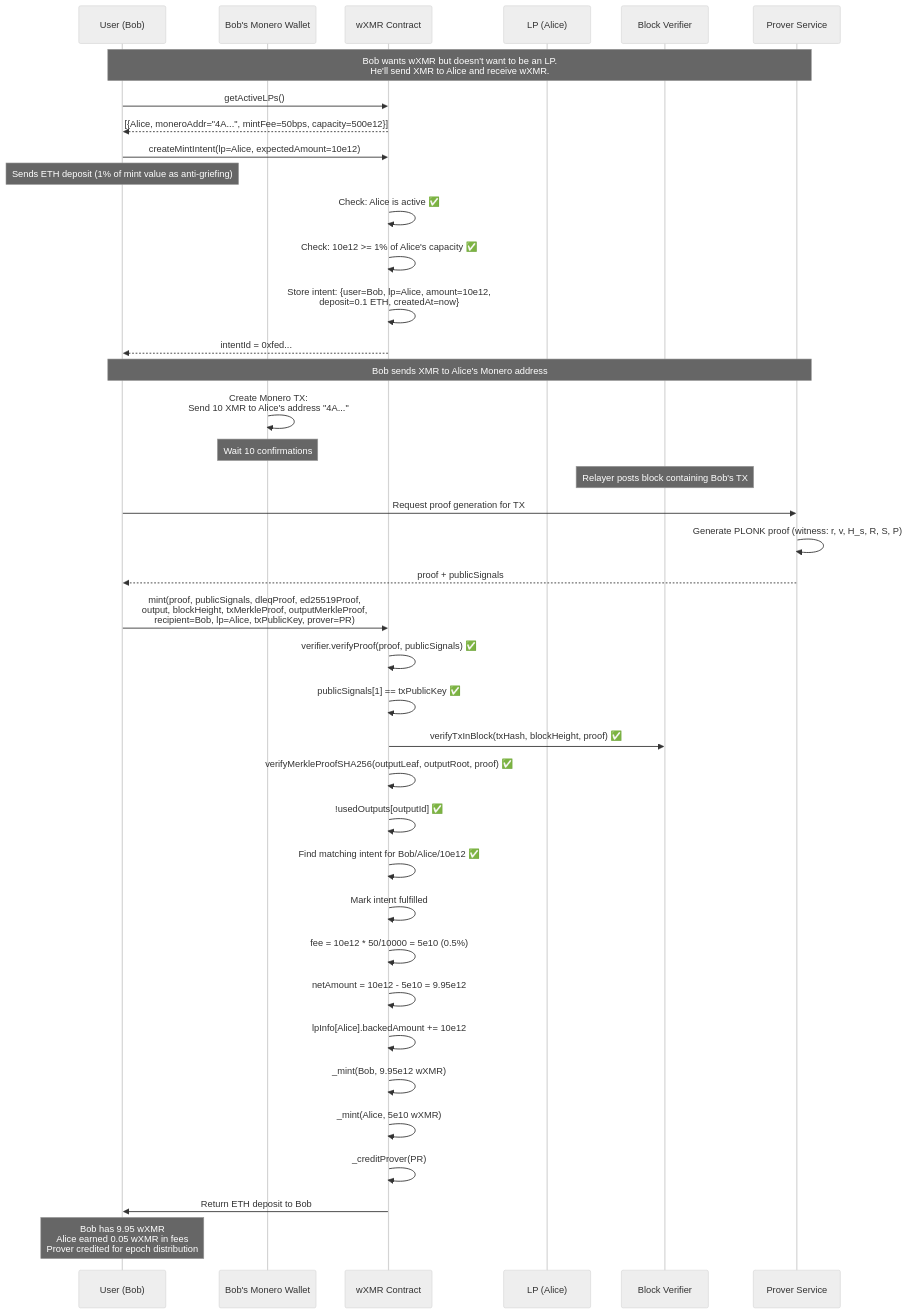
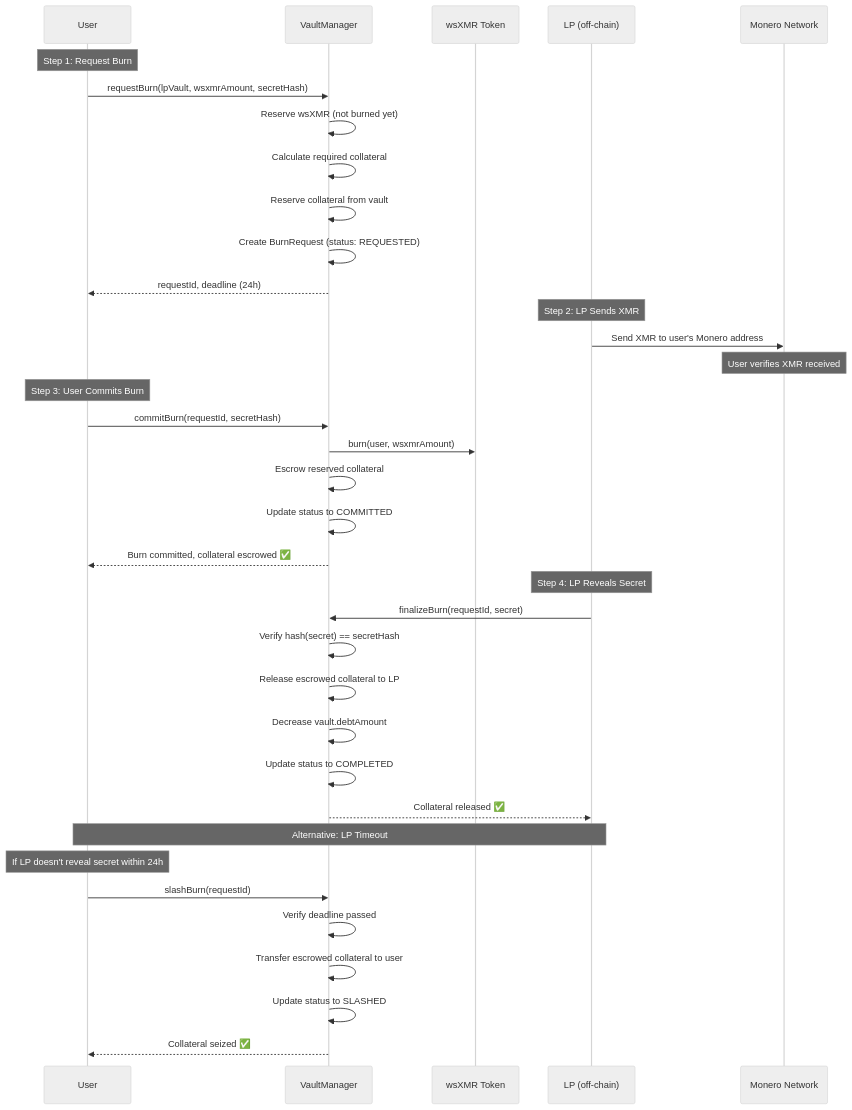
Before and after one commit to madschristensen99/wrapsynth: the third of 4 diagrams in SYNTHWRAP.md, drawn with Mermaid (neutral theme). The commit also changed other lines of this file and 2 other files, not shown here.

First line of the commit message:
docs: massive architecture overhaul - atomic swaps replace ZK proofs

````diff
--- a/SYNTHWRAP.md
+++ b/SYNTHWRAP.md
@@ -462,56 +208,43 @@
 ```mermaid
 sequenceDiagram
-    participant U as User (Bob)
-    participant UW as Bob's Monero Wallet
-    participant SC as wXMR Contract
-    participant A as LP (Alice)
-    participant BV as Block Verifier
-    participant PR as Prover Service
-
-    Note over U,PR: Bob wants wXMR but doesn't want to be an LP.<br/>He'll send XMR to Alice and receive wXMR.
-
-    U->>SC: getActiveLPs()
-    SC-->>U: [{Alice, moneroAddr="4A...", mintFee=50bps, capacity=500e12}]
-
-    U->>SC: createMintIntent(lp=Alice, expectedAmount=10e12)
-    Note over U: Sends ETH deposit (1% of mint value as anti-griefing)
-
-    SC->>SC: Check: Alice is active ✅
-    SC->>SC: Check: 10e12 >= 1% of Alice's capacity ✅
-    SC->>SC: Store intent: {user=Bob, lp=Alice, amount=10e12,<br/>deposit=0.1 ETH, createdAt=now}
-    SC-->>U: intentId = 0xfed...
-
-    Note over U,PR: Bob sends XMR to Alice's Monero address
-
-    UW->>UW: Create Monero TX:<br/>Send 10 XMR to Alice's address "4A..."
-    Note over UW: Wait 10 confirmations
-
-    Note over BV: Relayer posts block containing Bob's TX
-
-    U->>PR: Request proof generation for TX
-    PR->>PR: Generate PLONK proof (witness: r, v, H_s, R, S, P)
-    PR-->>U: proof + publicSignals
-
-    U->>SC: mint(proof, publicSignals, dleqProof, ed25519Proof,<br/>output, blockHeight, txMerkleProof, outputMerkleProof,<br/>recipient=Bob, lp=Alice, txPublicKey, prover=PR)
-
-    SC->>SC: verifier.verifyProof(proof, publicSignals) ✅
-    SC->>SC: publicSignals[1] == txPublicKey ✅
-    SC->>BV: verifyTxInBlock(txHash, blockHeight, proof) ✅
-    SC->>SC: verifyMerkleProofSHA256(outputLeaf, outputRoot, proof) ✅
-    SC->>SC: !usedOutputs[outputId] ✅
-
-    SC->>SC: Find matching intent for Bob/Alice/10e12 ✅
-    SC->>SC: Mark intent fulfilled
-
-    SC->>SC: fee = 10e12 * 50/10000 = 5e10 (0.5%)
-    SC->>SC: netAmount = 10e12 - 5e10 = 9.95e12
-    SC->>SC: lpInfo[Alice].backedAmount += 10e12
-    SC->>SC: _mint(Bob, 9.95e12 wXMR)
-    SC->>SC: _mint(Alice, 5e10 wXMR)
-
-    SC->>SC: _creditProver(PR)
-
-    SC->>U: Return ETH deposit to Bob
-
-    Note over U: Bob has 9.95 wXMR<br/>Alice earned 0.05 wXMR in fees<br/>Prover credited for epoch distribution
+    participant U as User
+    participant VM as VaultManager
+    participant WSXMR as wsXMR Token
+    participant LP as LP (off-chain)
+    participant XMR as Monero Network
+    
+    Note over U: Step 1: Request Burn
+    U->>VM: requestBurn(lpVault, wsxmrAmount, secretHash)
+    VM->>VM: Reserve wsXMR (not burned yet)
+    VM->>VM: Calculate required collateral
+    VM->>VM: Reserve collateral from vault
+    VM->>VM: Create BurnRequest (status: REQUESTED)
+    VM-->>U: requestId, deadline (24h)
+    
+    Note over LP: Step 2: LP Sends XMR
+    LP->>XMR: Send XMR to user's Monero address
+    Note over XMR: User verifies XMR received
+    
+    Note over U: Step 3: User Commits Burn
+    U->>VM: commitBurn(requestId, secretHash)
+    VM->>WSXMR: burn(user, wsxmrAmount)
+    VM->>VM: Escrow reserved collateral
+    VM->>VM: Update status to COMMITTED
+    VM-->>U: Burn committed, collateral escrowed ✅
+    
+    Note over LP: Step 4: LP Reveals Secret
+    LP->>VM: finalizeBurn(requestId, secret)
+    VM->>VM: Verify hash(secret) == secretHash
+    VM->>VM: Release escrowed collateral to LP
+    VM->>VM: Decrease vault.debtAmount
+    VM->>VM: Update status to COMPLETED
+    VM-->>LP: Collateral released ✅
+    
+    Note over U,LP: Alternative: LP Timeout
+    Note over U: If LP doesn't reveal secret within 24h
+    U->>VM: slashBurn(requestId)
+    VM->>VM: Verify deadline passed
+    VM->>VM: Transfer escrowed collateral to user
+    VM->>VM: Update status to SLASHED
+    VM-->>U: Collateral seized ✅
 ```
````
